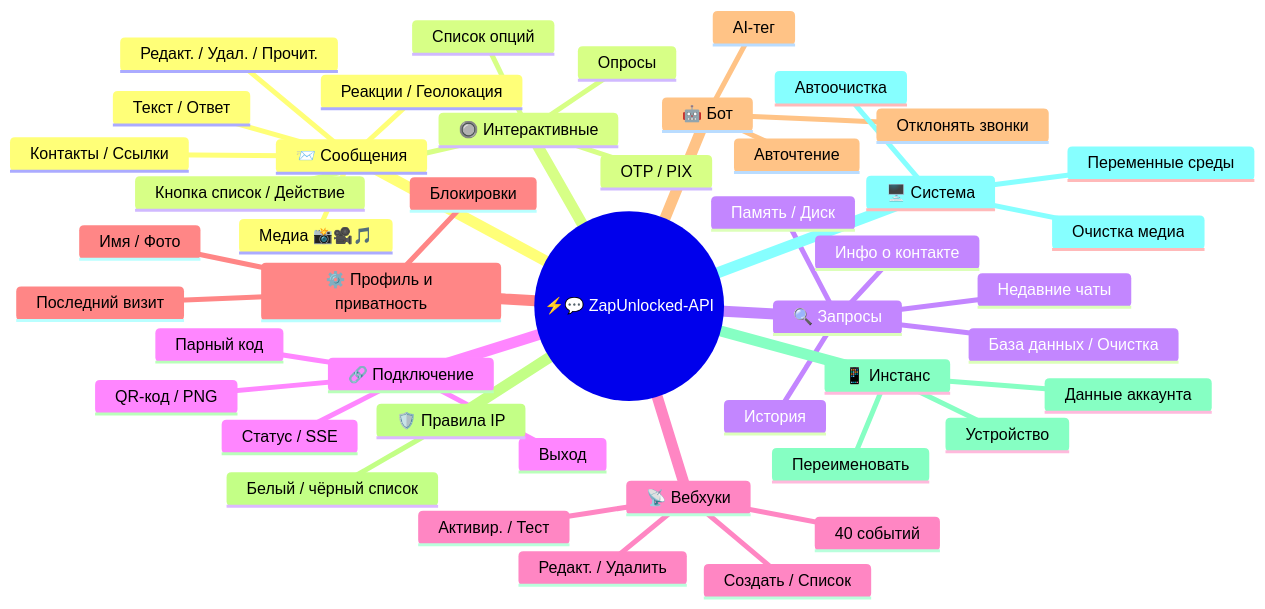
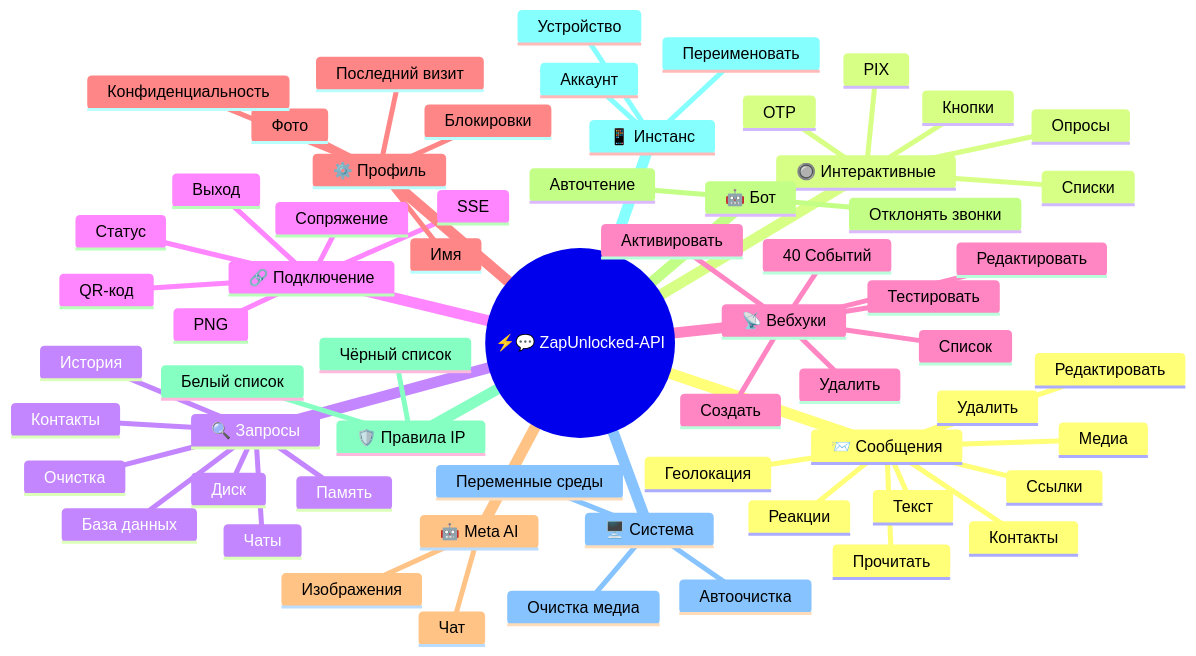
One commit to kauafpssx/ZapUnlocked-API changed the first of 2 diagrams in docs/translations/ru.md. Above: the diagram before and after it, drawn with Mermaid. The commit also changed other lines of this file and 12 other files, not shown here.

````diff
--- a/docs/translations/ru.md
+++ b/docs/translations/ru.md
@@ -55,49 +56,75 @@
 ```mermaid
 mindmap
   root((⚡💬 ZapUnlocked-API))
     📨 Сообщения
-      Текст / Ответ
-      Медиа 📸🎥🎵
-      Реакции / Геолокация
-      Контакты / Ссылки
-      Редакт. / Удал. / Прочит.
+      Текст
+      Медиа
+      Реакции
+      Геолокация
+      Контакты
+      Ссылки
+      Редактировать
+      Удалить
+      Прочитать
+
     🔘 Интерактивные
-      Кнопка список / Действие
-      OTP / PIX
-      Список опций
+      Кнопки
+      Списки
+      OTP
+      PIX
       Опросы
+
     🔍 Запросы
-      Инфо о контакте
+      Контакты
       История
-      Недавние чаты
-      Память / Диск
-      База данных / Очистка
+      Чаты
+      Память
+      Диск
+      База данных
+      Очистка
+
     🔗 Подключение
-      Статус / SSE
-      QR-код / PNG
-      Парный код
+      Статус
+      SSE
+      QR-код
+      PNG
+      Сопряжение
       Выход
+
     📡 Вебхуки
-       Создать / Список
-       Редакт. / Удалить
-       Активир. / Тест
-       40 событий
-    ⚙️ Профиль и приватность
-      Имя / Фото
+      Создать
+      Список
+      Редактировать
+      Удалить
+      Активировать
+      Тестировать
+      40 Событий
+
+    ⚙️ Профиль
+      Имя
+      Фото
+      Конфиденциальность
       Последний визит
       Блокировки
+
+    🤖 Meta AI
+      Чат
+      Изображения
     🤖 Бот
-      AI-тег
+      Авточтение
       Отклонять звонки
-      Авточтение
+
     🛡️ Правила IP
-      Белый / чёрный список
+      Белый список
+      Чёрный список
+
     📱 Инстанс
-      Данные аккаунта
+      Аккаунт
       Устройство
       Переименовать
+
     🖥️ Система
       Переменные среды
       Очистка медиа
       Автоочистка
 ```
````
